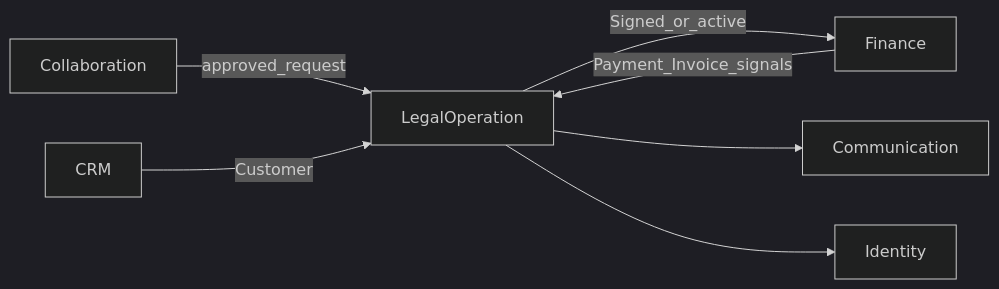
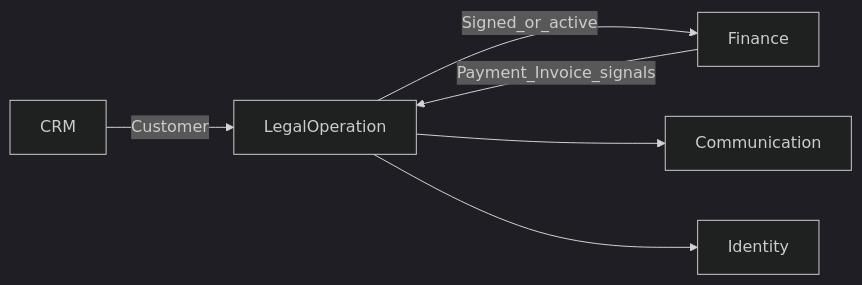
The third of 6 diagrams in docs/02-domain/LegalOperation.md (PNCTriet/DYN_CRM_BACKEND), drawn with Mermaid (dark theme) before and after one commit. The commit also changed other lines of this file and 46 other files, not shown here.

````diff
--- a/docs/02-domain/LegalOperation.md
+++ b/docs/02-domain/LegalOperation.md
@@ -152,9 +168,8 @@
 ```mermaid
 flowchart LR
-  COL[Collaboration] -->|approved_request| LEG[LegalOperation]
-  CRM[CRM] -->|Customer| LEG
+  CRM[CRM] -->|Customer| LEG[LegalOperation]
   LEG -->|Signed_or_active| FIN[Finance]
   FIN -->|Payment_Invoice_signals| LEG
   LEG --> COM[Communication]
   LEG --> ID[Identity]
 ```
````
